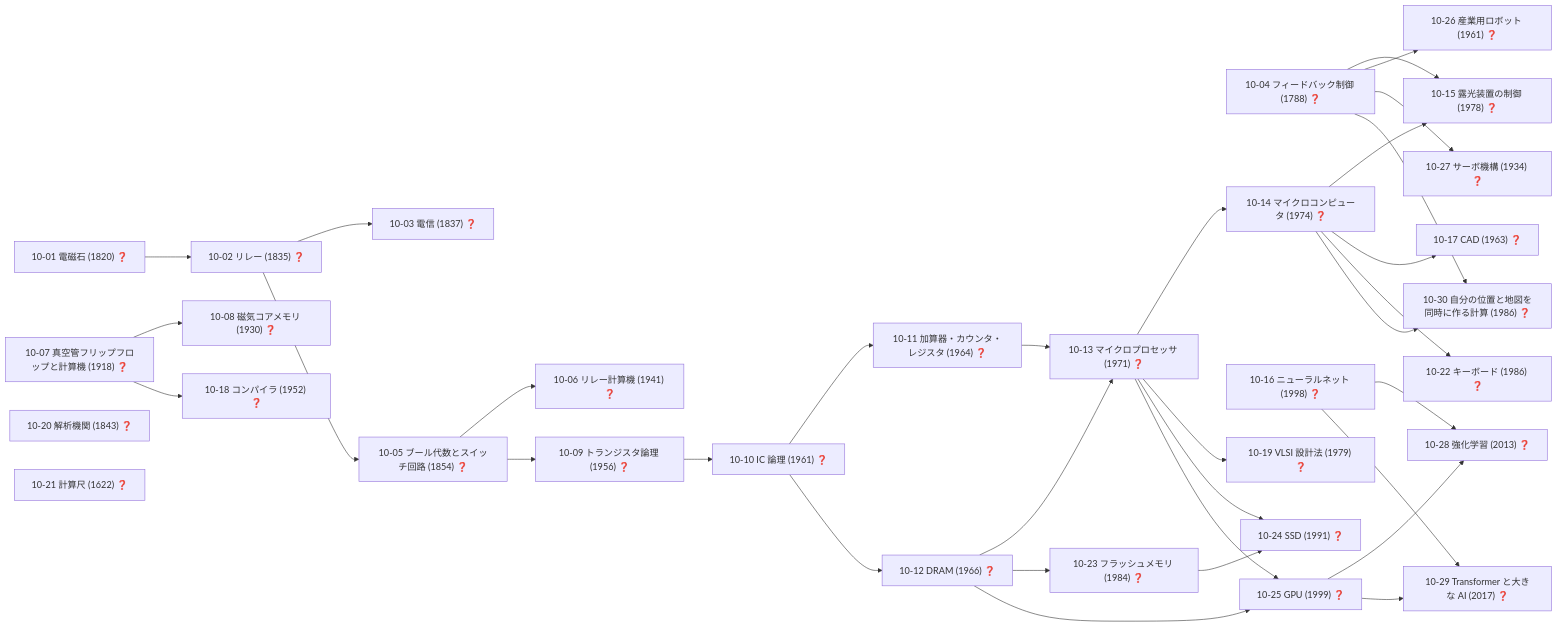
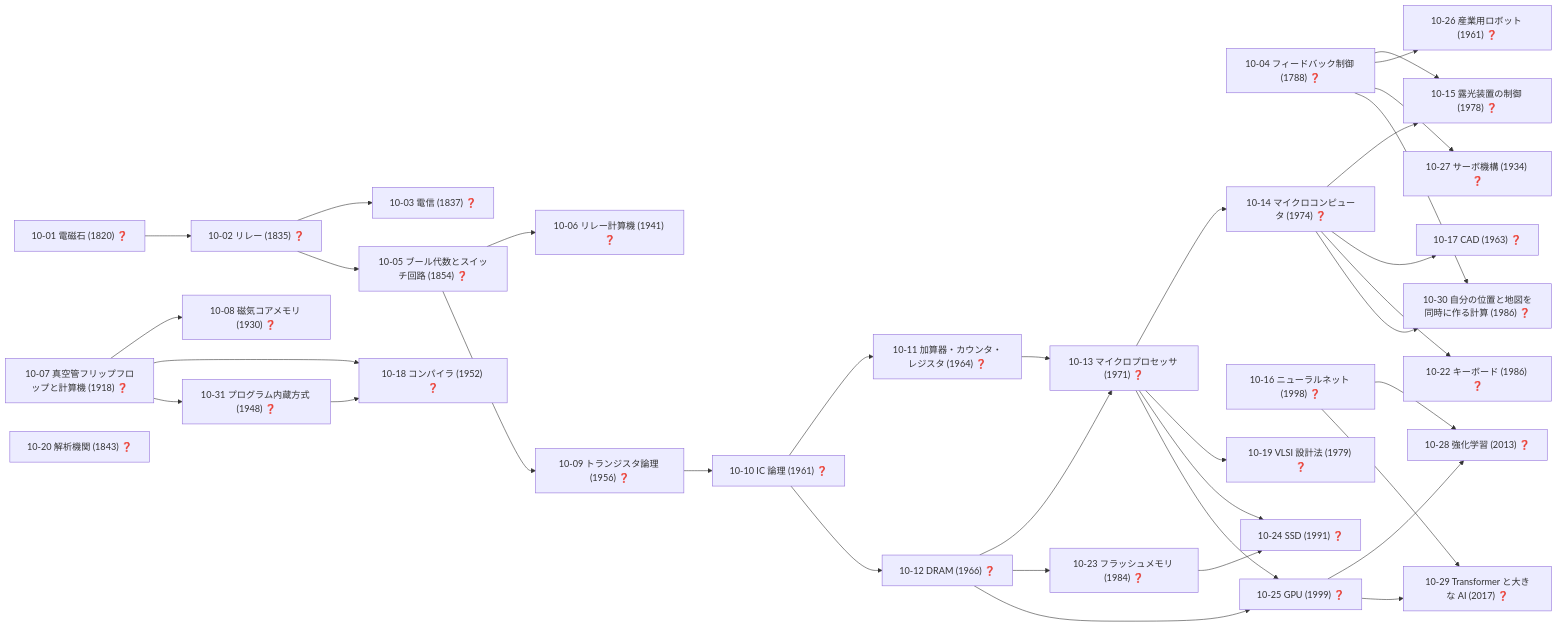
Before and after one commit to taku3i0317-collab/semiconductor-lab: diagram 13 of 19 in docs/TECH_TREE_VIEW.md, drawn with Mermaid. The commit also changed other lines of this file and 8 other files, not shown here.

````diff
--- a/docs/TECH_TREE_VIEW.md
+++ b/docs/TECH_TREE_VIEW.md
@@ -726,64 +725,66 @@
 ```mermaid
 graph LR
   n10_01["10-01 電磁石 (1820) ❓"]
   n10_02["10-02 リレー (1835) ❓"]
   n10_03["10-03 電信 (1837) ❓"]
   n10_04["10-04 フィードバック制御 (1788) ❓"]
   n10_05["10-05 ブール代数とスイッチ回路 (1854) ❓"]
   n10_06["10-06 リレー計算機 (1941) ❓"]
   n10_07["10-07 真空管フリップフロップと計算機 (1918) ❓"]
   n10_08["10-08 磁気コアメモリ (1930) ❓"]
   n10_09["10-09 トランジスタ論理 (1956) ❓"]
   n10_10["10-10 IC 論理 (1961) ❓"]
   n10_11["10-11 加算器・カウンタ・レジスタ (1964) ❓"]
   n10_12["10-12 DRAM (1966) ❓"]
   n10_13["10-13 マイクロプロセッサ (1971) ❓"]
   n10_14["10-14 マイクロコンピュータ (1974) ❓"]
   n10_15["10-15 露光装置の制御 (1978) ❓"]
   n10_16["10-16 ニューラルネット (1998) ❓"]
   n10_17["10-17 CAD (1963) ❓"]
   n10_18["10-18 コンパイラ (1952) ❓"]
   n10_19["10-19 VLSI 設計法 (1979) ❓"]
   n10_20["10-20 解析機関 (1843) ❓"]
-  n10_21["10-21 計算尺 (1622) ❓"]
   n10_22["10-22 キーボード (1986) ❓"]
   n10_23["10-23 フラッシュメモリ (1984) ❓"]
   n10_24["10-24 SSD (1991) ❓"]
   n10_25["10-25 GPU (1999) ❓"]
   n10_26["10-26 産業用ロボット (1961) ❓"]
   n10_27["10-27 サーボ機構 (1934) ❓"]
   n10_28["10-28 強化学習 (2013) ❓"]
   n10_29["10-29 Transformer と大きな AI (2017) ❓"]
   n10_30["10-30 自分の位置と地図を同時に作る計算 (1986) ❓"]
+  n10_31["10-31 プログラム内蔵方式 (1948) ❓"]
   n10_01-->n10_02
   n10_02-->n10_03
   n10_02-->n10_05
   n10_05-->n10_06
   n10_07-->n10_08
   n10_05-->n10_09
   n10_09-->n10_10
   n10_10-->n10_11
   n10_10-->n10_12
   n10_11-->n10_13
   n10_12-->n10_13
   n10_13-->n10_14
   n10_04-->n10_15
   n10_14-->n10_15
   n10_14-->n10_17
   n10_07-->n10_18
+  n10_31-->n10_18
   n10_13-->n10_19
   n10_14-->n10_22
   n10_12-->n10_23
   n10_13-->n10_24
   n10_23-->n10_24
   n10_12-->n10_25
   n10_13-->n10_25
   n10_04-->n10_26
   n10_04-->n10_27
   n10_16-->n10_28
   n10_25-->n10_28
   n10_16-->n10_29
   n10_25-->n10_29
   n10_04-->n10_30
   n10_14-->n10_30
+  n10_07-->n10_31
 ```
````
